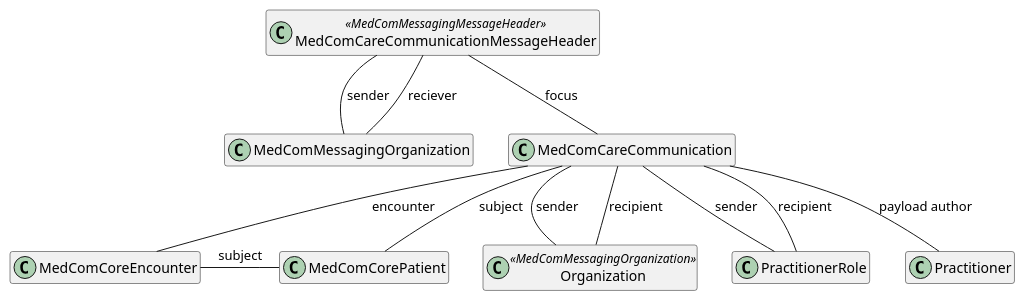
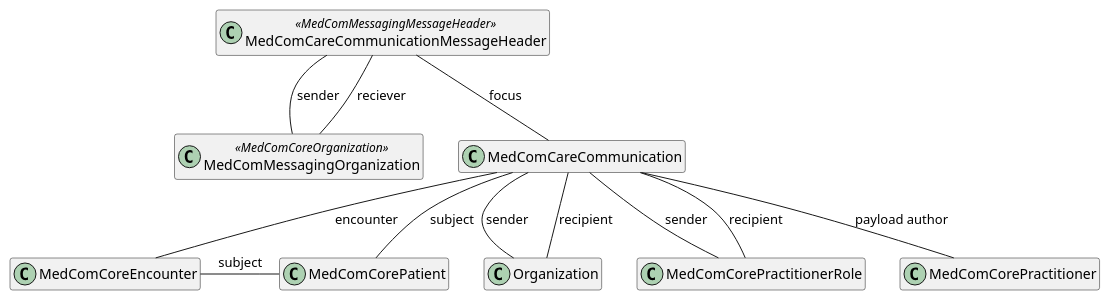
Before and after one commit to medcomdk/dk-medcom-carecommunication: the diagram in puml/CareCommunicationMessageHeader.puml, drawn with PlantUML. The commit also changed 30 other files, not shown here.

```diff
--- a/puml/CareCommunicationMessageHeader.puml
+++ b/puml/CareCommunicationMessageHeader.puml
@@ -1,27 +1,27 @@
 @startuml CareCommunicationMessageHeader
 
 hide empty members
 
 class "MedComCareCommunicationMessageHeader" as messageheader <<MedComMessagingMessageHeader>>
-class "MedComMessagingOrganization" as messagingOrganization 
+class "MedComMessagingOrganization" as messagingOrganization <<MedComCoreOrganization>>
 class "MedComCareCommunication" as communication
 class "MedComCorePatient" as patient
 class "MedComCoreEncounter" as encounter
-class "Organization" as recipientOrganization <<MedComMessagingOrganization>>
-class "PractitionerRole" as recipientRole
-class "Practitioner" as author
+class "Organization" as recipientOrganization 
+class "MedComCorePractitionerRole" as recipientRole
+class "MedComCorePractitioner" as author
 
 
 messageheader -- messagingOrganization : "sender"
 messageheader -- messagingOrganization : "reciever"
 messageheader -- communication : "focus"
 communication -- encounter : "encounter"
 communication -- patient : "subject"
 communication -- recipientOrganization : "sender"
 communication -- recipientRole : "sender"
 communication -- recipientOrganization : "recipient"
 communication -- recipientRole : "recipient"
 communication -- author : "payload author"
 
 encounter -patient :"subject"
 @enduml
```
